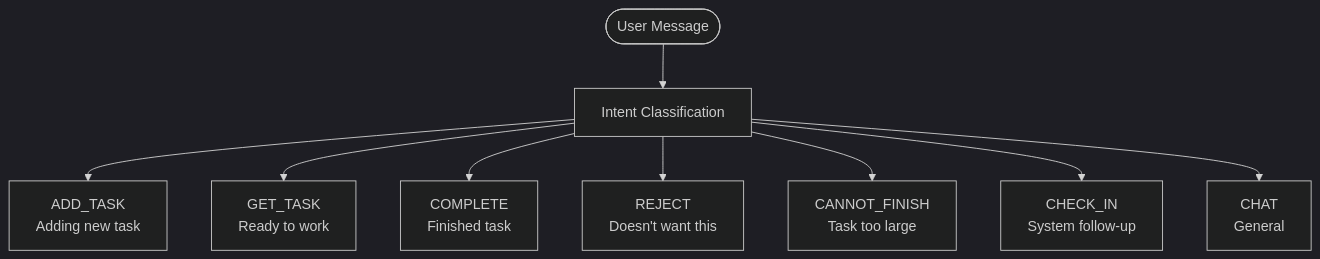
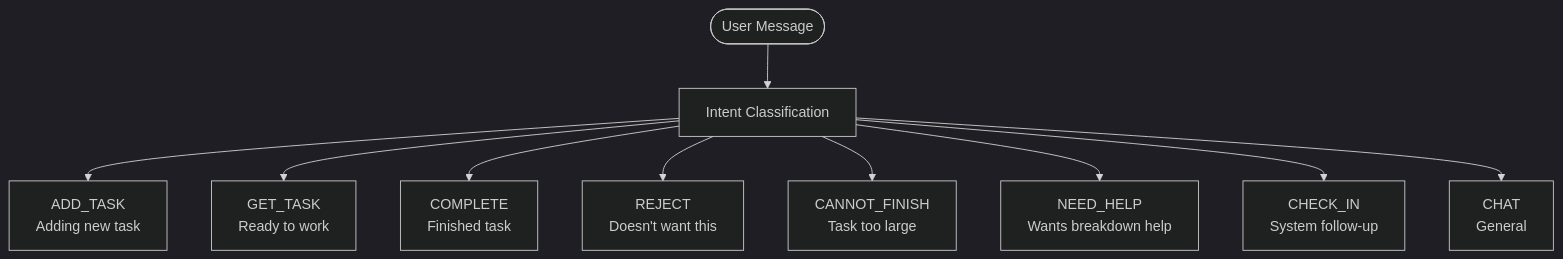
Before and after one commit to NickBorgers/hide-my-list: the second of 24 diagrams in docs/ai-prompts.md, drawn with Mermaid (dark theme). The commit also changed other lines of this file and 3 other files, not shown here.

````diff
--- a/docs/ai-prompts.md
+++ b/docs/ai-prompts.md
@@ -66,12 +66,13 @@
 ```mermaid
 flowchart TD
     Input([User Message]) --> Classify[Intent Classification]
 
     Classify --> ADD["ADD_TASK<br/>Adding new task"]
     Classify --> GET["GET_TASK<br/>Ready to work"]
     Classify --> DONE["COMPLETE<br/>Finished task"]
     Classify --> NOPE["REJECT<br/>Doesn't want this"]
     Classify --> CANT["CANNOT_FINISH<br/>Task too large"]
+    Classify --> HELP["NEED_HELP<br/>Wants breakdown help"]
     Classify --> CHECKIN["CHECK_IN<br/>System follow-up"]
     Classify --> CHAT["CHAT<br/>General"]
 ```
````
